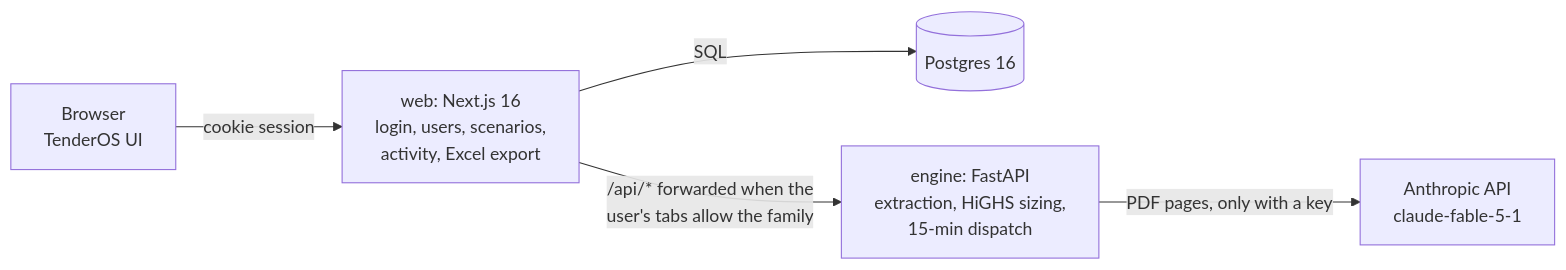
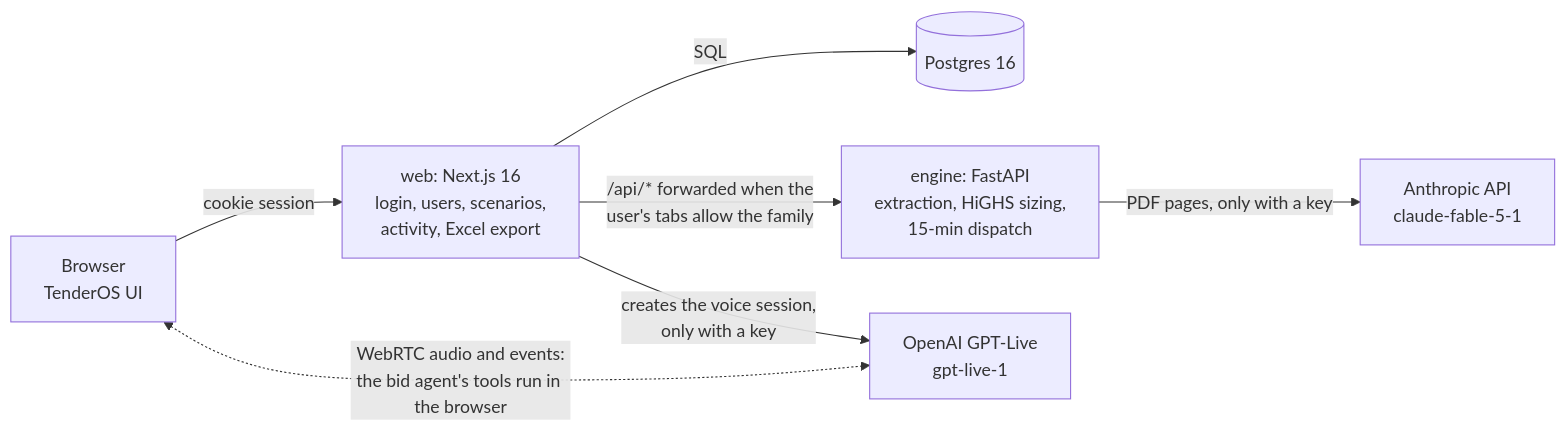
The diagram in docs/ARCHITECTURE.md (Ergplan/tenderos), drawn with Mermaid before and after one commit. The commit also changed other lines of this file and 23 other files, not shown here.

First line of the commit message:
SECI tab: the RfS, its bid formats to fill and review, and the agent on the forms

````diff
--- a/docs/ARCHITECTURE.md
+++ b/docs/ARCHITECTURE.md
@@ -3,7 +3,9 @@
 ```mermaid
 flowchart LR
   B[Browser<br/>TenderOS UI] -->|cookie session| W[web: Next.js 16<br/>login, users, scenarios,<br/>activity, Excel export]
   W -->|SQL| D[(Postgres 16)]
   W -->|/api/* forwarded when the<br/>user's tabs allow the family| E[engine: FastAPI<br/>extraction, HiGHS sizing,<br/>15-min dispatch]
   E -->|PDF pages, only with a key| A[Anthropic API<br/>claude-fable-5-1]
+  W -->|creates the voice session,<br/>only with a key| O[OpenAI GPT-Live<br/>gpt-live-1]
+  B <-.->|WebRTC audio and events:<br/>the bid agent's tools run in the browser| O
 ```
````
